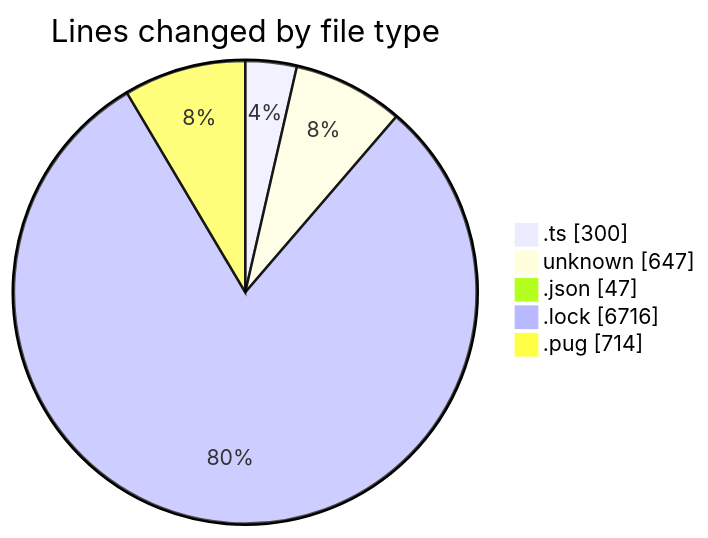
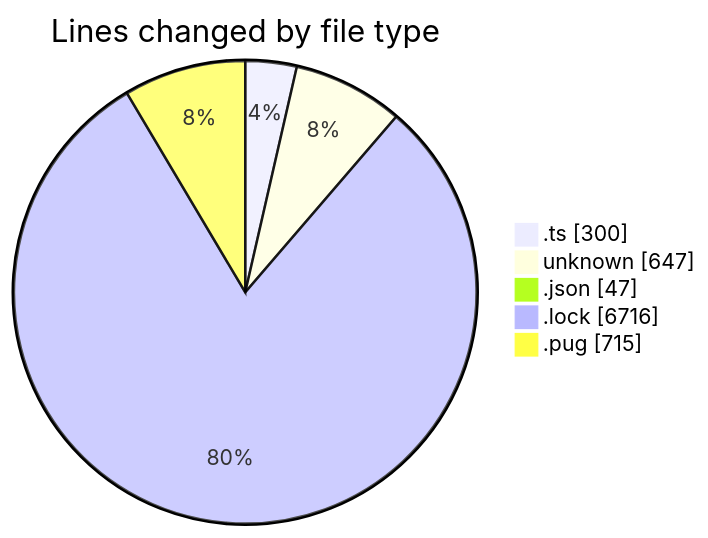
Before and after one commit to momahboobian/code-tracking: the first of 2 diagrams in 2026-05-22/cda/README.md, drawn with Mermaid. The commit also changed other lines of this file and 1 other file, not shown here.

````diff
--- a/2026-05-22/cda/README.md
+++ b/2026-05-22/cda/README.md
@@ -29,9 +29,9 @@
 ```mermaid
 pie showData
 title Lines changed by file type
 ".ts" : 300
 "unknown" : 647
 ".json" : 47
 ".lock" : 6716
-".pug" : 714
+".pug" : 715
 ```
````
